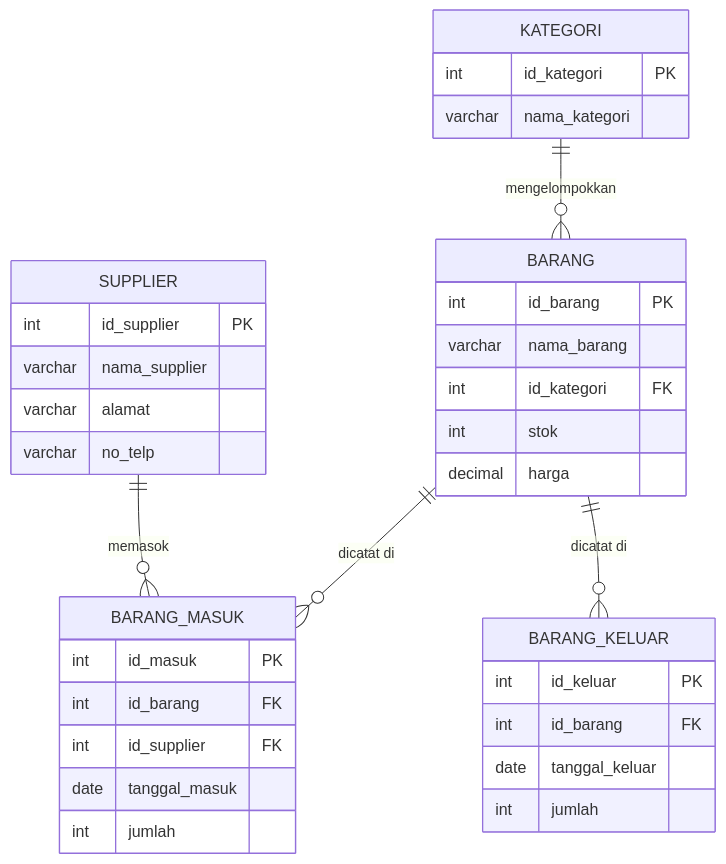
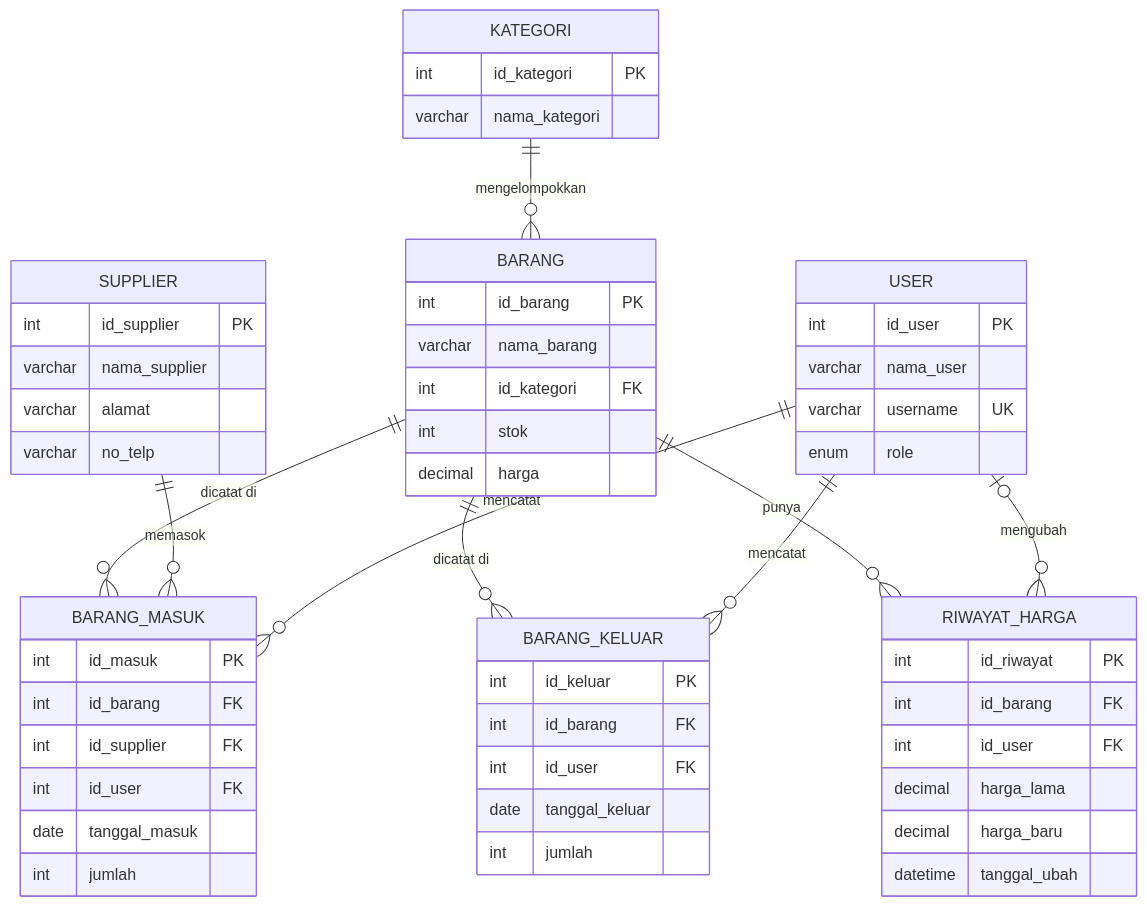
Before and after one commit to MaulanaRoyyanTsubaisa/pemrograman2_java-aaaaaaa: the second of 2 diagrams in README.md, drawn with Mermaid. The commit also changed other lines of this file and 56 other files, not shown here.

````diff
--- a/README.md
+++ b/README.md
@@ -273,38 +281,58 @@
 ```mermaid
 erDiagram
     KATEGORI ||--o{ BARANG : "mengelompokkan"
     BARANG ||--o{ BARANG_MASUK : "dicatat di"
     BARANG ||--o{ BARANG_KELUAR : "dicatat di"
     SUPPLIER ||--o{ BARANG_MASUK : "memasok"
+    USER ||--o{ BARANG_MASUK : "mencatat"
+    USER ||--o{ BARANG_KELUAR : "mencatat"
+    BARANG ||--o{ RIWAYAT_HARGA : "punya"
+    USER |o--o{ RIWAYAT_HARGA : "mengubah"
 
     KATEGORI {
         int id_kategori PK
         varchar nama_kategori
     }
     SUPPLIER {
         int id_supplier PK
         varchar nama_supplier
         varchar alamat
         varchar no_telp
     }
     BARANG {
         int id_barang PK
         varchar nama_barang
         int id_kategori FK
         int stok
         decimal harga
     }
+    USER {
+        int id_user PK
+        varchar nama_user
+        varchar username UK
+        enum role
+    }
     BARANG_MASUK {
         int id_masuk PK
         int id_barang FK
         int id_supplier FK
+        int id_user FK
         date tanggal_masuk
         int jumlah
     }
     BARANG_KELUAR {
         int id_keluar PK
         int id_barang FK
+        int id_user FK
         date tanggal_keluar
         int jumlah
     }
+    RIWAYAT_HARGA {
+        int id_riwayat PK
+        int id_barang FK
+        int id_user FK
+        decimal harga_lama
+        decimal harga_baru
+        datetime tanggal_ubah
+    }
 ```
````
